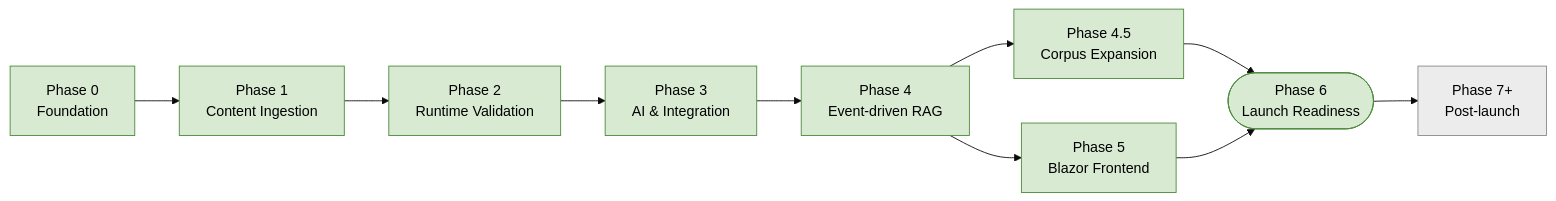
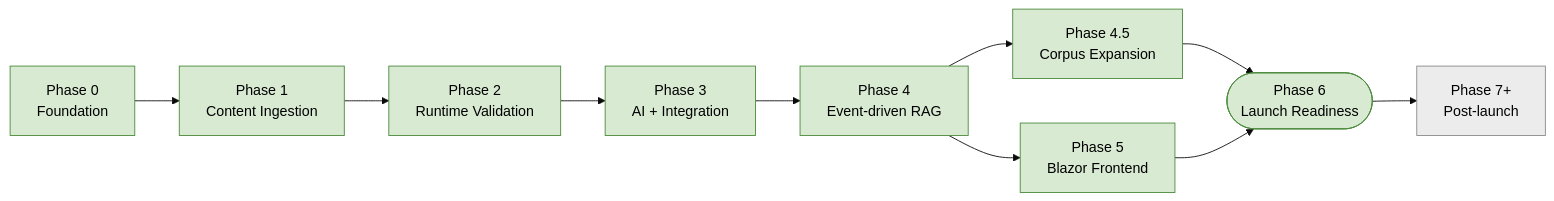
One commit to Early-Bird-Solutions-LLC/PinballWizard changed the diagram in docs/build-spec.md. Above: the diagram before and after it, drawn with Mermaid (base theme). The commit also changed 7 other files, not shown here.

First line of the commit message:
docs(diagrams) short single-line labels + drop &amp; to stop renderer truncation (#601)

````diff
--- a/docs/build-spec.md
+++ b/docs/build-spec.md
@@ -26,24 +26,24 @@
 ```mermaid
 flowchart LR
     P0[Phase 0<br/>Foundation]
     P1[Phase 1<br/>Content Ingestion]
     P2[Phase 2<br/>Runtime Validation]
-    P3["Phase 3<br/>AI &amp; Integration"]
+    P3["Phase 3<br/>AI + Integration"]
     P4[Phase 4<br/>Event-driven RAG]
     P45[Phase 4.5<br/>Corpus Expansion]
     P5[Phase 5<br/>Blazor Frontend]
     P6([Phase 6<br/>Launch Readiness])
     P7[Phase 7+<br/>Post-launch]
 
     P0 --> P1 --> P2 --> P3 --> P4 --> P45
     P4 --> P5
     P45 --> P6
     P5 --> P6
     P6 --> P7
 
     classDef done fill:#d9ead3,stroke:#4a8a3a,color:#000
     classDef future fill:#ececec,stroke:#8a8a8a,color:#000
 
     class P0,P1,P2,P3,P4,P45,P5,P6 done
     class P7 future
 ```
````
